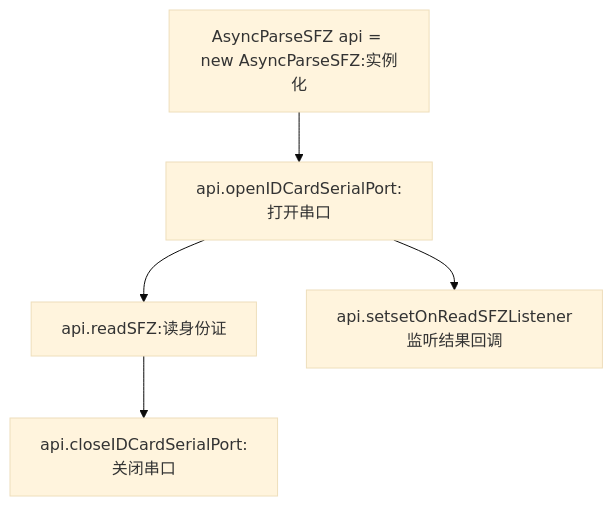
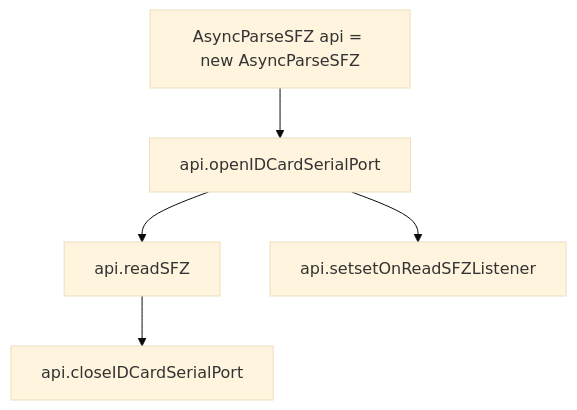
The diagram in sdk_doc/zh/身份证.md (CoreWise/CWDemo), drawn with Mermaid (base theme) before and after one commit. The commit also changed other lines of this file, not shown here.

Commit message:
add by liyang message:修改添加english说明

````diff
--- a/sdk_doc/zh/身份证.md
+++ b/sdk_doc/zh/身份证.md
@@ -77,12 +79,12 @@
 ```mermaid
 
 graph TB
-  A[AsyncParseSFZ api = new AsyncParseSFZ:实例化]-->B[api.openIDCardSerialPort:打开串口]
-  B-->C[api.readSFZ:读身份证]
-  C-->D[api.closeIDCardSerialPort:关闭串口]
+  A[AsyncParseSFZ api = new AsyncParseSFZ]-->B[api.openIDCardSerialPort]
+  B-->C[api.readSFZ]
+  C-->D[api.closeIDCardSerialPort]
   
-  B-->E[api.setsetOnReadSFZListener监听结果回调]
+  B-->E[api.setsetOnReadSFZListener]
 
 
 
 ```
````
